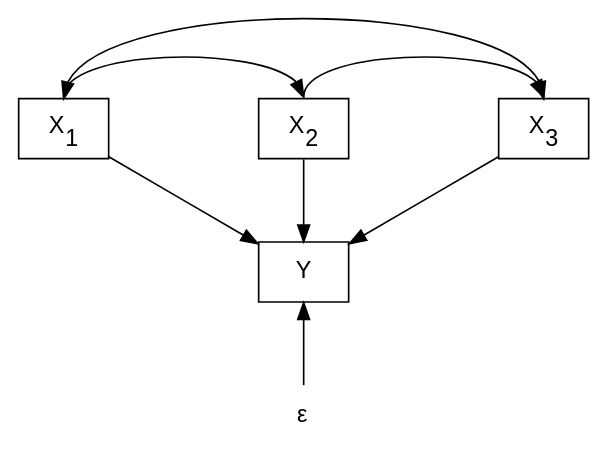
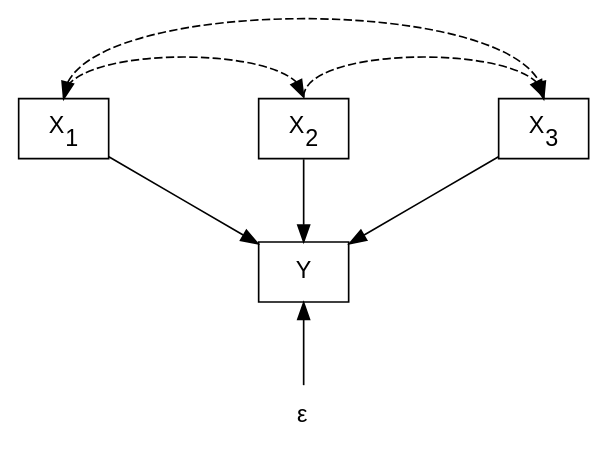
Before and after one commit to pennekampster/Swiss_SEM: the fourth of 28 diagrams in 5_Slides/Intro_to_SEM_part1.qmd, drawn with Graphviz. The commit also changed other lines of this file and 5 other files, not shown here.

````diff
--- a/5_Slides/Intro_to_SEM_part1.qmd
+++ b/5_Slides/Intro_to_SEM_part1.qmd
@@ -159,34 +271,34 @@
 ```{dot}
 //| fig-width: 4
 digraph {
 
   # a 'graph' statement
   graph [overlap = false, fontsize = 10, layout = dot, ranksep = .7,
        rankdir = TB]
 
   # 'node' statements
   node [shape = box,
         fontname = Helvetica]
   X1 [label = <X<SUB>1</SUB>>]
   X2 [label = <X<SUB>2</SUB>>]
   X3 [label = <X<SUB>3</SUB>>]
   Y
   E [label = <&epsilon;>, shape = plaintext]
   
   # 'edge' statements
   X1 -> Y
   X2 -> Y
   X3 -> Y
   E -> Y  [minlen = .1]
   
-  X1:n -> X2:n [dir=both, minlen = 5]
-  X2:n -> X3:n [dir=both, minlen = 5]
-  X1:n -> X3:n [dir=both, minlen = 10]
+  X1:n -> X2:n [dir=both, minlen = 5 style="dashed"]
+  X2:n -> X3:n [dir=both, minlen = 5 style="dashed"]
+  X1:n -> X3:n [dir=both, minlen = 10 style="dashed"]
   
  # control the placement of elements on the graph 
 {rank = same; X1 ; X2; X3}
 {rank = max; E}
 
   
 }
 ```
````
